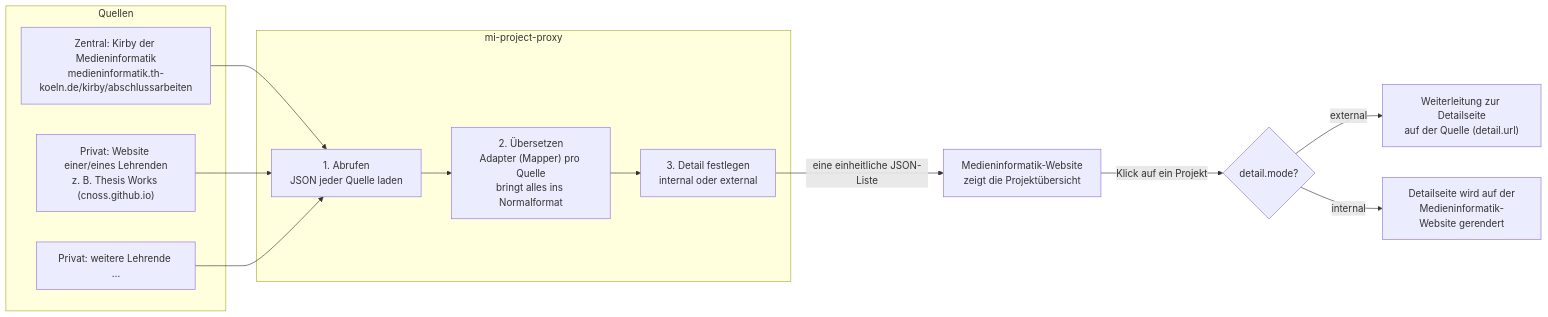
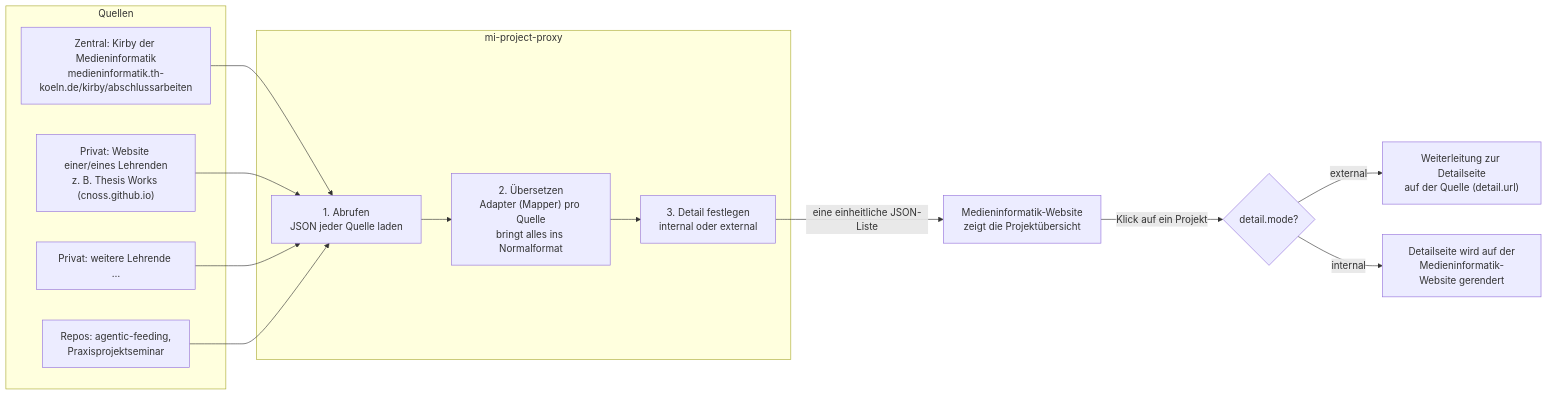
The diagram in README.md (th-koeln/mi-project-proxy), drawn with Mermaid before and after one commit. The commit also changed other lines of this file and 2 other files, not shown here.

Commit message:
Aktualisiere README.md: Füge neue Quellenarten hinzu und erweitere die Beschreibung der Datenquellen; aktualisiere die Diagramme. Füge detail_url zum Schema hinzu und konfiguriere die neue Quelle 'praxisprojektseminar' in sources.php.

````diff
--- a/README.md
+++ b/README.md
@@ -14,25 +24,27 @@
 ```mermaid
 flowchart LR
     subgraph Quellen
         K["Zentral: Kirby der Medieninformatik<br/>medieninformatik.th-koeln.de/kirby/abschlussarbeiten"]
         T["Privat: Website einer/eines Lehrenden<br/>z. B. Thesis Works (cnoss.github.io)"]
         P["Privat: weitere Lehrende …"]
+        R["Repos: agentic-feeding,<br/>Praxisprojektseminar"]
     end
 
     subgraph Proxy["mi-project-proxy"]
         F["1. Abrufen<br/>JSON jeder Quelle laden"]
         M["2. Übersetzen<br/>Adapter (Mapper) pro Quelle<br/>bringt alles ins Normalformat"]
         D["3. Detail festlegen<br/>internal oder external"]
         F --> M --> D
     end
 
     K --> F
     T --> F
     P --> F
+    R --> F
 
     D -- "eine einheitliche JSON-Liste" --> W["Medieninformatik-Website<br/>zeigt die Projektübersicht"]
 
     W -- "Klick auf ein Projekt" --> Q{"detail.mode?"}
     Q -- external --> E["Weiterleitung zur Detailseite<br/>auf der Quelle (detail.url)"]
     Q -- internal --> I["Detailseite wird auf der<br/>Medieninformatik-Website gerendert"]
 ```
````
